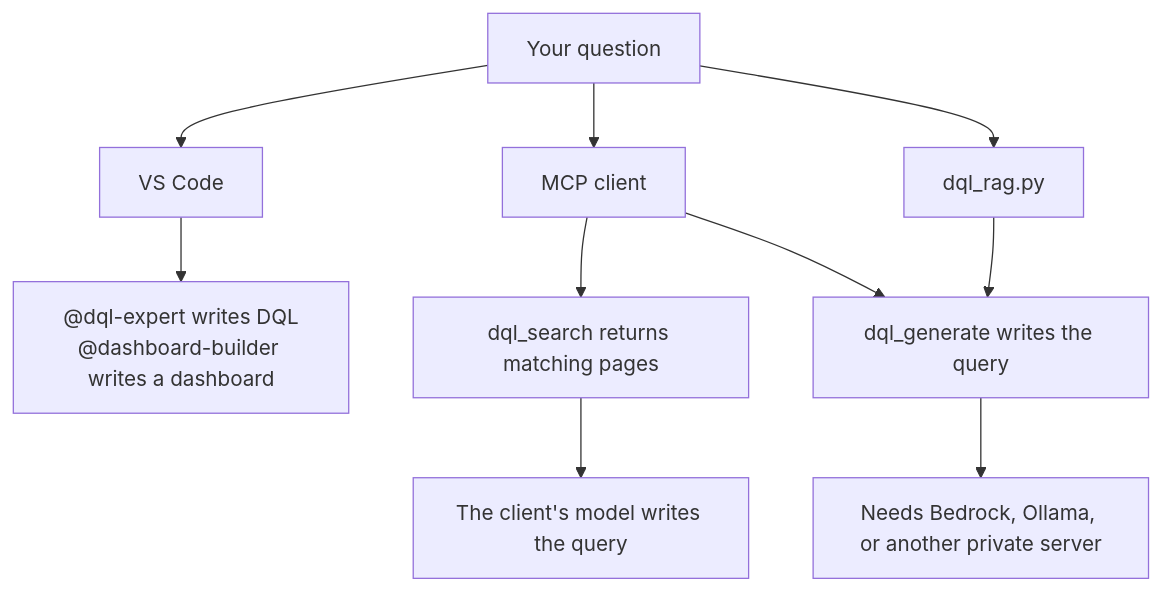
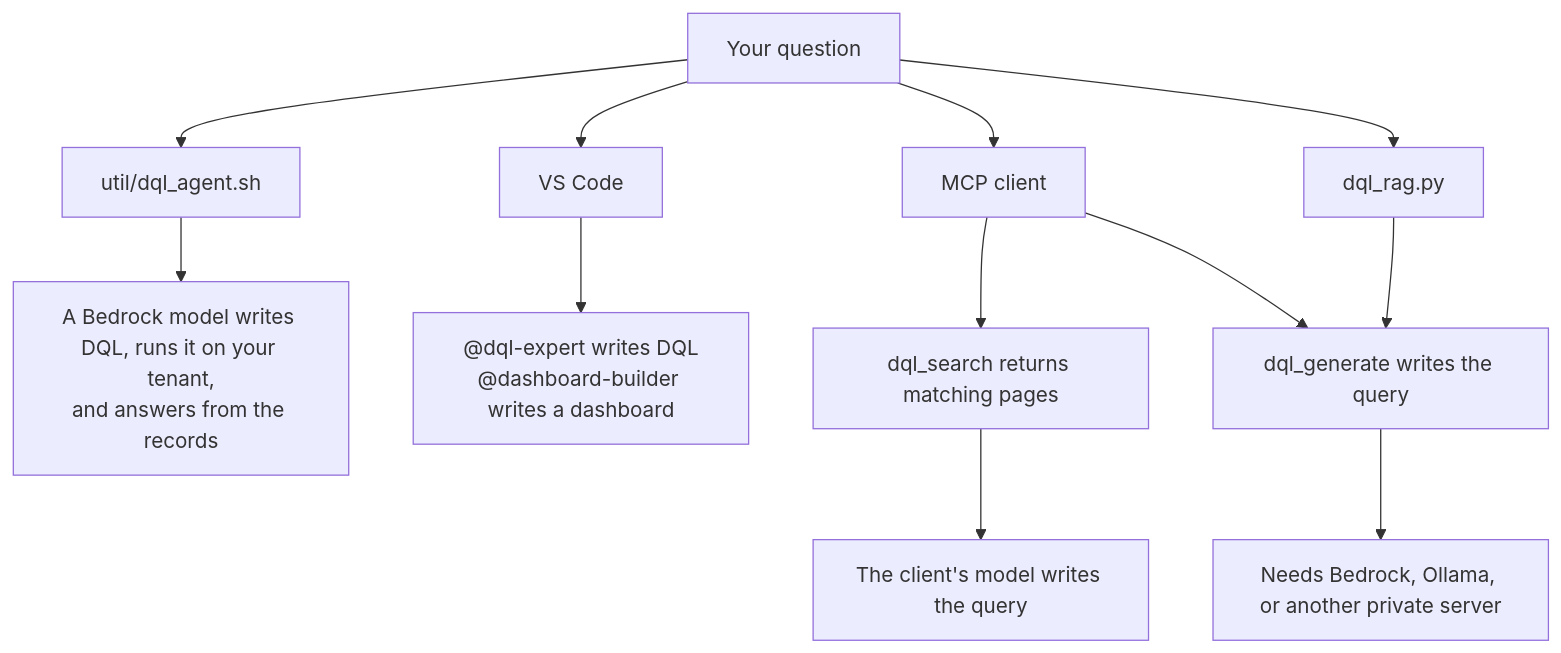
Before and after one commit to aachtenberg/dynatrace-dql-kb: the diagram in README.md, drawn with Mermaid. The commit also changed other lines of this file and 3 other files, not shown here.

First line of the commit message:
Docs: show the DQL agent in the overviews; Davis problems in Copilot rules (#6)

````diff
--- a/README.md
+++ b/README.md
@@ -5,12 +5,14 @@
 ```mermaid
 flowchart TD
     Q["Your question"] --> IDE["VS Code"]
     Q --> MCP["MCP client"]
     Q --> CLI["dql_rag.py"]
+    Q --> Chat["util/dql_agent.sh"]
+    Chat --> Loop["A Bedrock model writes DQL, runs it on your tenant,<br/>and answers from the records"]
     IDE --> Agents["@dql-expert writes DQL<br/>@dashboard-builder writes a dashboard"]
     MCP --> Search["dql_search returns matching pages"]
     Search --> Own["The client's model writes the query"]
     MCP --> Gen["dql_generate writes the query"]
     CLI --> Gen
     Gen --> Need["Needs Bedrock, Ollama, or another private server"]
 ```
````
